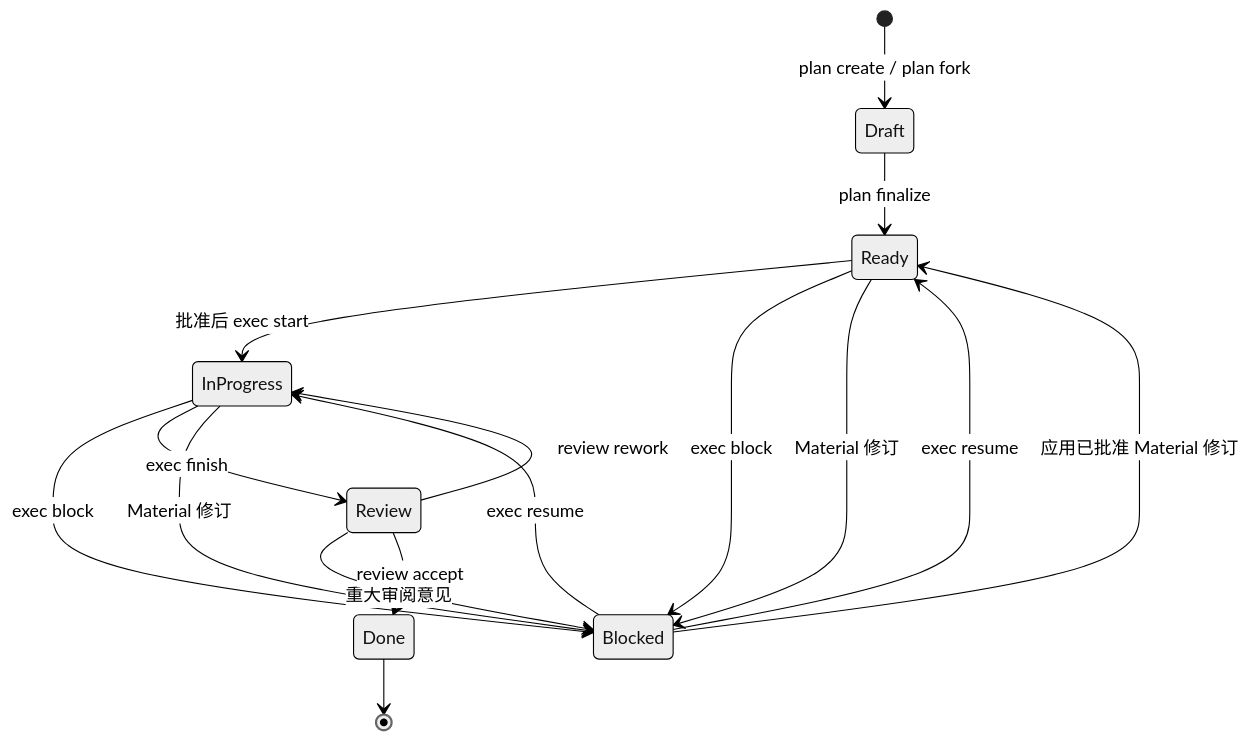
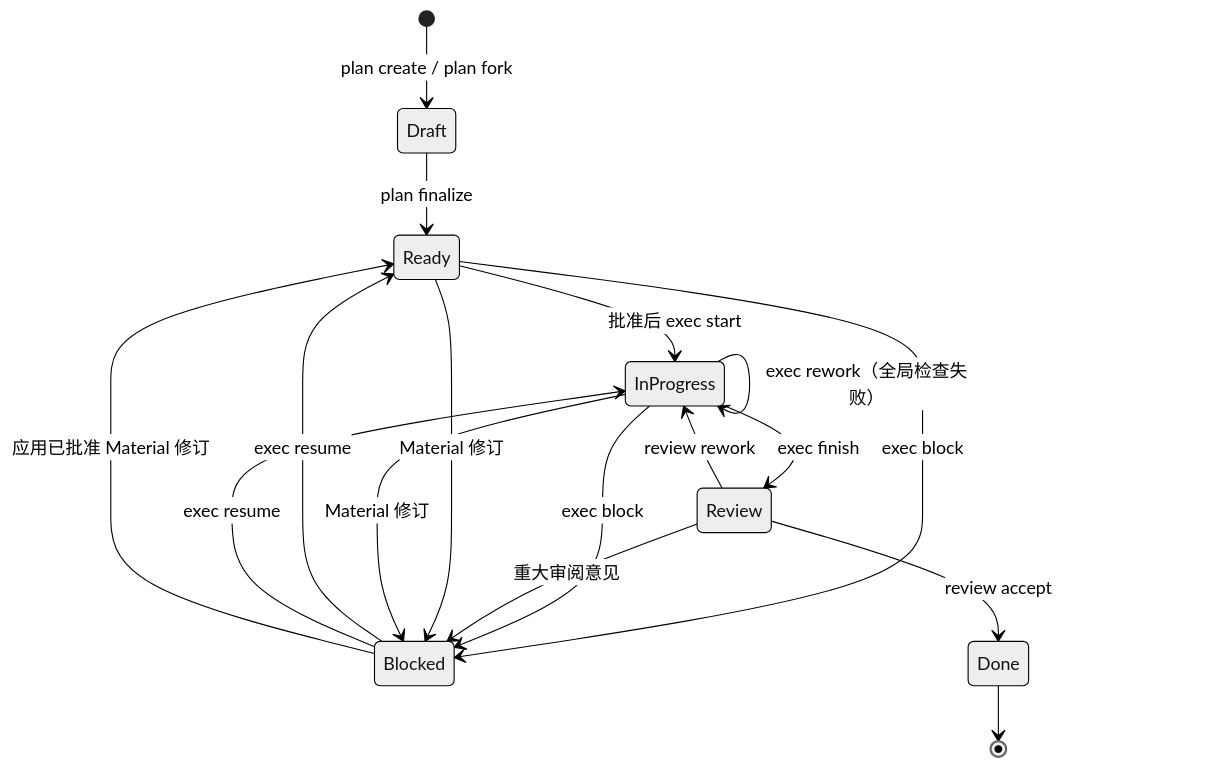
The second of 2 diagrams in docs/architecture.md (QianFuv/Mino), drawn with Mermaid (neutral theme) before and after one commit. The commit also changed other lines of this file and 3 other files, not shown here.

````diff
--- a/docs/architecture.md
+++ b/docs/architecture.md
@@ -124,18 +141,19 @@
 ```mermaid
 stateDiagram-v2
     [*] --> Draft: plan create / plan fork
     Draft --> Ready: plan finalize
     Ready --> InProgress: 批准后 exec start
     Ready --> Blocked: exec block
     InProgress --> Blocked: exec block
     Blocked --> Ready: exec resume
     Blocked --> InProgress: exec resume
+    InProgress --> InProgress: exec rework（全局检查失败）
     InProgress --> Review: exec finish
     Review --> InProgress: review rework
     Review --> Blocked: 重大审阅意见
     Ready --> Blocked: Material 修订
     InProgress --> Blocked: Material 修订
     Blocked --> Ready: 应用已批准 Material 修订
     Review --> Done: review accept
     Done --> [*]
 ```
````
